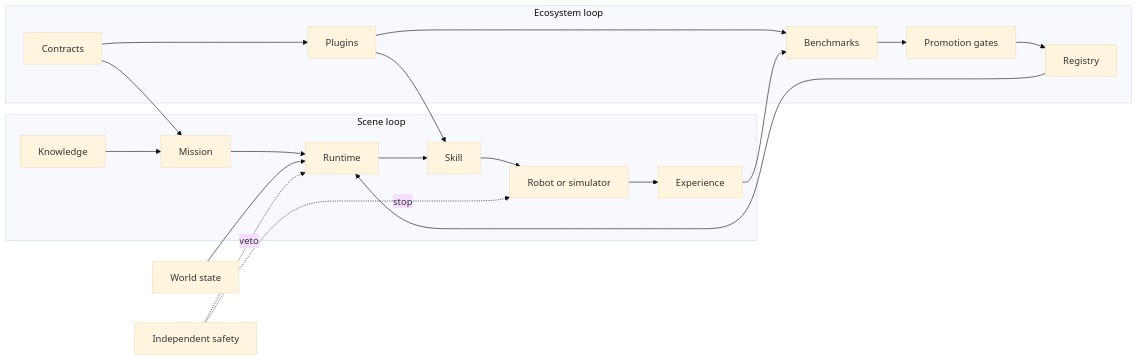
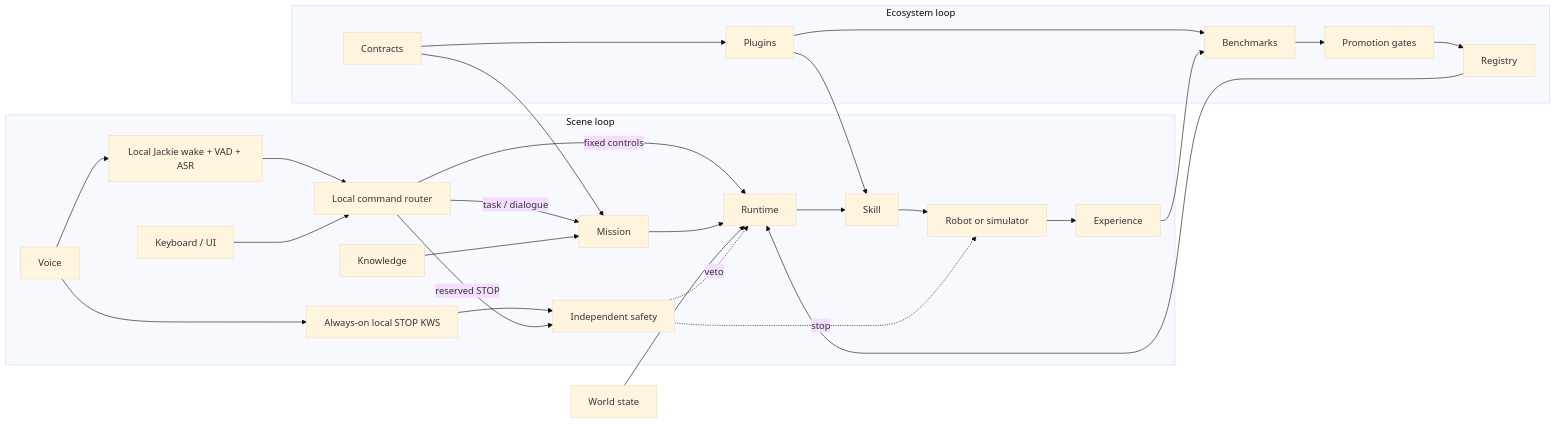
One commit to echengdee/longship changed the diagram in README.md. Above: the diagram before and after it, drawn with Mermaid (base theme). The commit also changed other lines of this file and 13 other files, not shown here.

Commit message:
feat: add Jackie wake dictation boundary

````diff
--- a/README.md
+++ b/README.md
@@ -49,25 +49,35 @@
 ```mermaid
 flowchart LR
+    Safe["Independent safety"]
+
     subgraph Scene["Scene loop"]
+        Voice["Voice"] --> StopKWS["Always-on local STOP KWS"]
+        StopKWS --> Safe
+        Voice --> Audio["Local Jackie wake + VAD + ASR"]
+        Audio --> Router["Local command router"]
+        Keys["Keyboard / UI"] --> Router
+        Router -->|"task / dialogue"| M["Mission"]
+        Router -->|"fixed controls"| R["Runtime"]
+        Router -->|"reserved STOP"| Safe
         K["Knowledge"] --> M["Mission"]
         M --> R["Runtime"]
         R --> S["Skill"]
         S --> T["Robot or simulator"]
         T --> E["Experience"]
     end
 
     subgraph Ecosystem["Ecosystem loop"]
         C["Contracts"] --> P["Plugins"]
         P --> B["Benchmarks"]
         B --> G["Promotion gates"]
         G --> Registry["Registry"]
     end
 
     C --> M
     P --> S
     E --> B
     Registry --> R
     W["World state"] --> R
     Safe["Independent safety"] -. veto .-> R
     Safe -. stop .-> T
 ```
````
